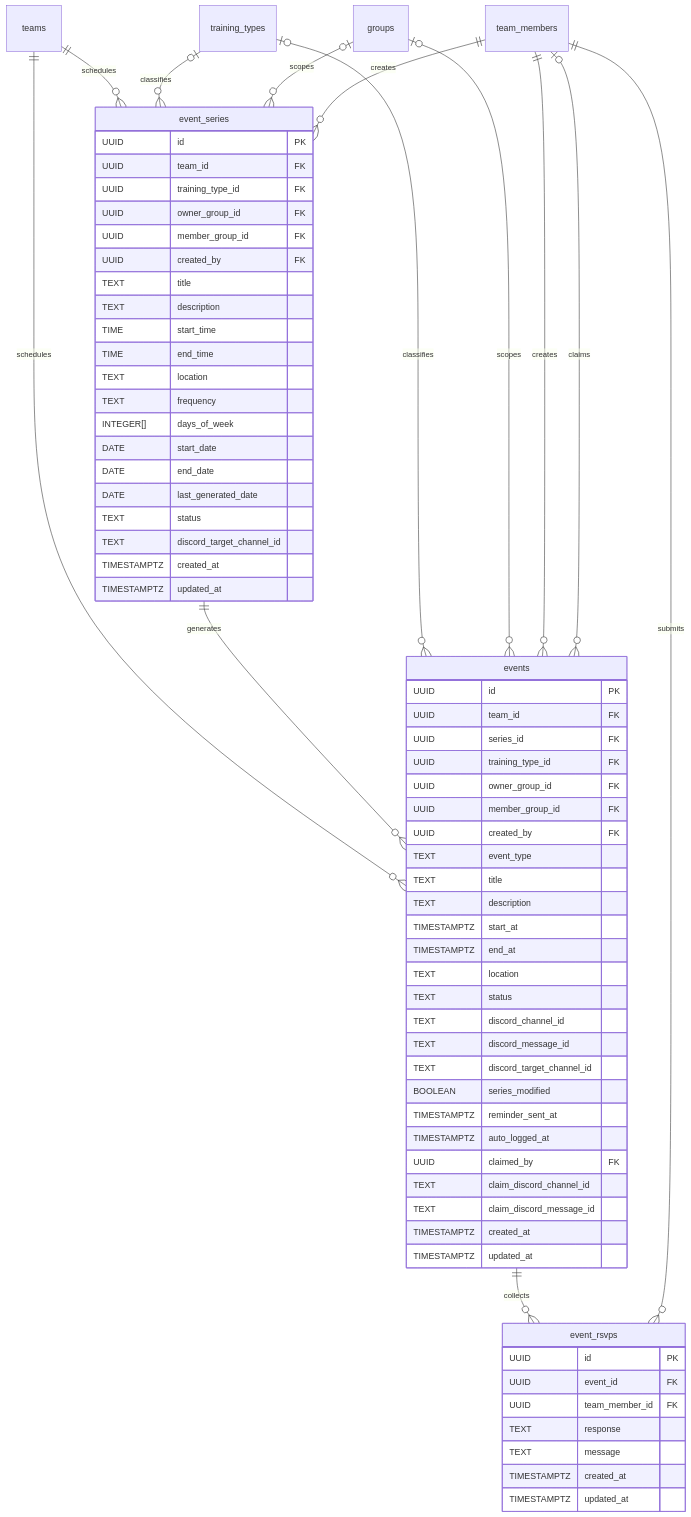
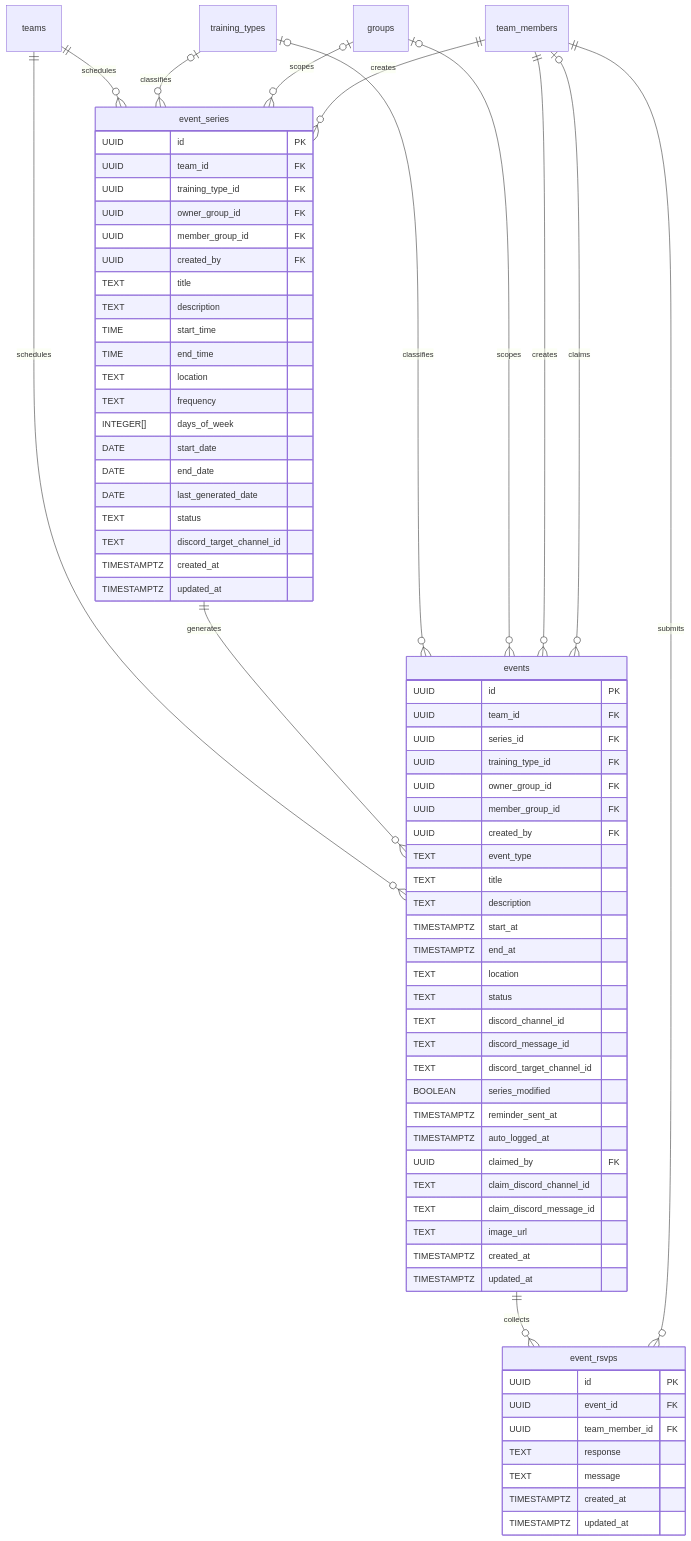
The seventh of 12 diagrams in docs/thesis/er-diagram.md (maxa-ondrej/sideline), drawn with Mermaid before and after one commit. The commit also changed other lines of this file and 40 other files, not shown here.

First line of the commit message:
feat: allow attaching a cover image URL to events (#238)

````diff
--- a/docs/thesis/er-diagram.md
+++ b/docs/thesis/er-diagram.md
@@ -336,76 +336,77 @@
 ```mermaid
 erDiagram
     events {
         UUID id PK
         UUID team_id FK
         UUID series_id FK
         UUID training_type_id FK
         UUID owner_group_id FK
         UUID member_group_id FK
         UUID created_by FK
         TEXT event_type
         TEXT title
         TEXT description
         TIMESTAMPTZ start_at
         TIMESTAMPTZ end_at
         TEXT location
         TEXT status
         TEXT discord_channel_id
         TEXT discord_message_id
         TEXT discord_target_channel_id
         BOOLEAN series_modified
         TIMESTAMPTZ reminder_sent_at
         TIMESTAMPTZ auto_logged_at
         UUID claimed_by FK
         TEXT claim_discord_channel_id
         TEXT claim_discord_message_id
+        TEXT image_url
         TIMESTAMPTZ created_at
         TIMESTAMPTZ updated_at
     }
 
     event_series {
         UUID id PK
         UUID team_id FK
         UUID training_type_id FK
         UUID owner_group_id FK
         UUID member_group_id FK
         UUID created_by FK
         TEXT title
         TEXT description
         TIME start_time
         TIME end_time
         TEXT location
         TEXT frequency
         INTEGER[] days_of_week
         DATE start_date
         DATE end_date
         DATE last_generated_date
         TEXT status
         TEXT discord_target_channel_id
         TIMESTAMPTZ created_at
         TIMESTAMPTZ updated_at
     }
 
     event_rsvps {
         UUID id PK
         UUID event_id FK
         UUID team_member_id FK
         TEXT response
         TEXT message
         TIMESTAMPTZ created_at
         TIMESTAMPTZ updated_at
     }
 
     teams ||--o{ events : "schedules"
     teams ||--o{ event_series : "schedules"
     event_series ||--o{ events : "generates"
     training_types o|--o{ events : "classifies"
     training_types o|--o{ event_series : "classifies"
     groups o|--o{ events : "scopes"
     groups o|--o{ event_series : "scopes"
     team_members ||--o{ events : "creates"
     team_members ||--o{ event_series : "creates"
     team_members o|--o{ events : "claims"
     events ||--o{ event_rsvps : "collects"
     team_members ||--o{ event_rsvps : "submits"
 ```
````
